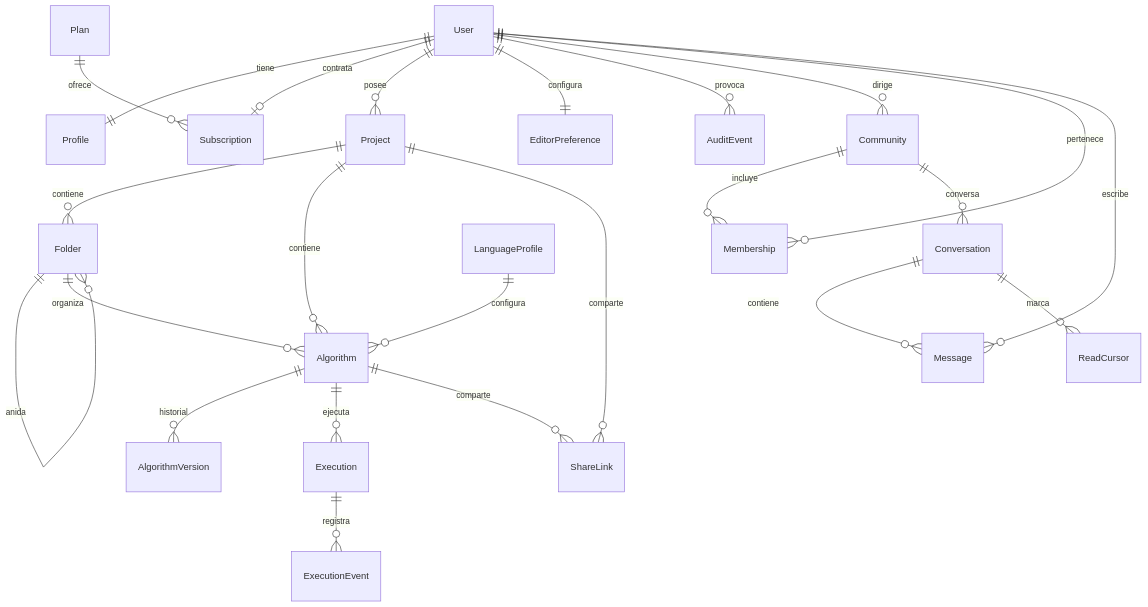
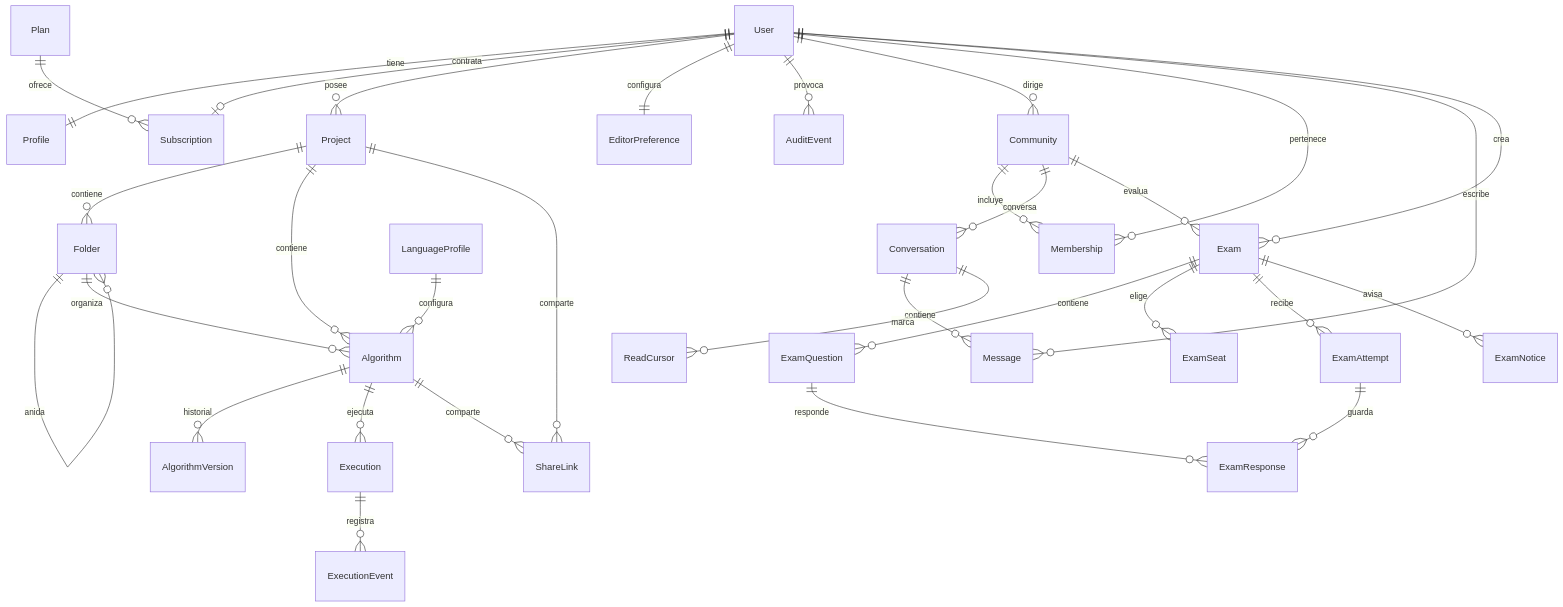
Before and after one commit to roque-code/FCDesign_client_server: the diagram in docs/modelo-de-datos.md, drawn with Mermaid. The commit also changed other lines of this file and 31 other files, not shown here.

````diff
--- a/docs/modelo-de-datos.md
+++ b/docs/modelo-de-datos.md
@@ -11,26 +11,34 @@
 ```mermaid
 erDiagram
     User ||--|| Profile : tiene
     User ||--o| Subscription : contrata
     Plan ||--o{ Subscription : ofrece
     User ||--o{ Project : posee
     User ||--|| EditorPreference : configura
     Project ||--o{ Folder : contiene
     Folder ||--o{ Folder : anida
     Project ||--o{ Algorithm : contiene
     Folder ||--o{ Algorithm : organiza
     Algorithm ||--o{ AlgorithmVersion : historial
     Algorithm ||--o{ Execution : ejecuta
     Execution ||--o{ ExecutionEvent : registra
     Algorithm ||--o{ ShareLink : comparte
     Project ||--o{ ShareLink : comparte
     User ||--o{ AuditEvent : provoca
     User ||--o{ Community : dirige
     Community ||--o{ Membership : incluye
     User ||--o{ Membership : pertenece
     LanguageProfile ||--o{ Algorithm : configura
     Community ||--o{ Conversation : conversa
     Conversation ||--o{ Message : contiene
     Conversation ||--o{ ReadCursor : marca
     User ||--o{ Message : escribe
+    Community ||--o{ Exam : evalua
+    User ||--o{ Exam : crea
+    Exam ||--o{ ExamQuestion : contiene
+    Exam ||--o{ ExamSeat : elige
+    Exam ||--o{ ExamAttempt : recibe
+    ExamAttempt ||--o{ ExamResponse : guarda
+    ExamQuestion ||--o{ ExamResponse : responde
+    Exam ||--o{ ExamNotice : avisa
 ```
````
